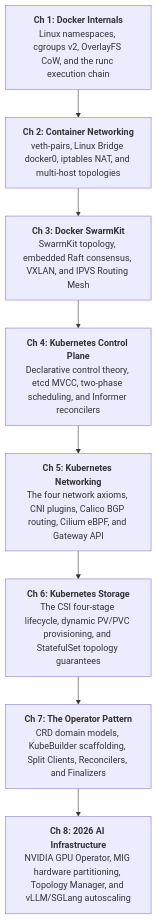
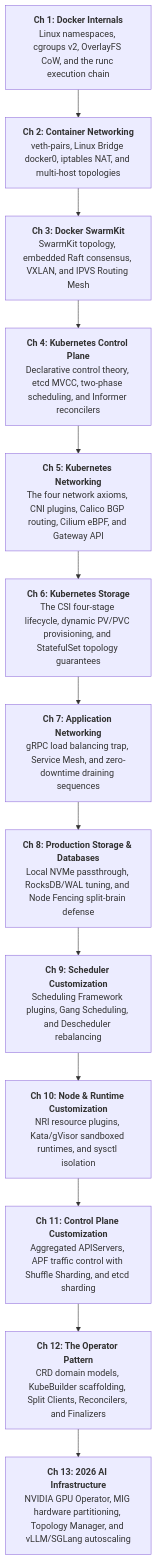
The fourth of 4 diagrams in content/en/articles/k8s-gpu-operator-ai-inference-scheduling.en.md (ifnodoraemon/ifnodoraemon.github.io), drawn with Mermaid before and after one commit. The commit also changed other lines of this file and 30 other files, not shown here.

Commit message:
feat(series): deepen k8s production architecture and hacking masterclass

````diff
--- a/content/en/articles/k8s-gpu-operator-ai-inference-scheduling.en.md
+++ b/content/en/articles/k8s-gpu-operator-ai-inference-scheduling.en.md
@@ -234,13 +234,18 @@
 ```mermaid
 flowchart TD
     Ch1["<b>Ch 1: Docker Internals</b><br/>Linux namespaces, cgroups v2, OverlayFS CoW, and the runc execution chain"]
     Ch2["<b>Ch 2: Container Networking</b><br/>veth-pairs, Linux Bridge docker0, iptables NAT, and multi-host topologies"]
     Ch3["<b>Ch 3: Docker SwarmKit</b><br/>SwarmKit topology, embedded Raft consensus, VXLAN, and IPVS Routing Mesh"]
     Ch4["<b>Ch 4: Kubernetes Control Plane</b><br/>Declarative control theory, etcd MVCC, two-phase scheduling, and Informer reconcilers"]
     Ch5["<b>Ch 5: Kubernetes Networking</b><br/>The four network axioms, CNI plugins, Calico BGP routing, Cilium eBPF, and Gateway API"]
     Ch6["<b>Ch 6: Kubernetes Storage</b><br/>The CSI four-stage lifecycle, dynamic PV/PVC provisioning, and StatefulSet topology guarantees"]
-    Ch7["<b>Ch 7: The Operator Pattern</b><br/>CRD domain models, KubeBuilder scaffolding, Split Clients, Reconcilers, and Finalizers"]
-    Ch8["<b>Ch 8: 2026 AI Infrastructure</b><br/>NVIDIA GPU Operator, MIG hardware partitioning, Topology Manager, and vLLM/SGLang autoscaling"]
+    Ch7["<b>Ch 7: Application Networking</b><br/>gRPC load balancing trap, Service Mesh, and zero-downtime draining sequences"]
+    Ch8["<b>Ch 8: Production Storage & Databases</b><br/>Local NVMe passthrough, RocksDB/WAL tuning, and Node Fencing split-brain defense"]
+    Ch9["<b>Ch 9: Scheduler Customization</b><br/>Scheduling Framework plugins, Gang Scheduling, and Descheduler rebalancing"]
+    Ch10["<b>Ch 10: Node & Runtime Customization</b><br/>NRI resource plugins, Kata/gVisor sandboxed runtimes, and sysctl isolation"]
+    Ch11["<b>Ch 11: Control Plane Customization</b><br/>Aggregated APIServers, APF traffic control with Shuffle Sharding, and etcd sharding"]
+    Ch12["<b>Ch 12: The Operator Pattern</b><br/>CRD domain models, KubeBuilder scaffolding, Split Clients, Reconcilers, and Finalizers"]
+    Ch13["<b>Ch 13: 2026 AI Infrastructure</b><br/>NVIDIA GPU Operator, MIG hardware partitioning, Topology Manager, and vLLM/SGLang autoscaling"]
 
-    Ch1 --> Ch2 --> Ch3 --> Ch4 --> Ch5 --> Ch6 --> Ch7 --> Ch8
+    Ch1 --> Ch2 --> Ch3 --> Ch4 --> Ch5 --> Ch6 --> Ch7 --> Ch8 --> Ch9 --> Ch10 --> Ch11 --> Ch12 --> Ch13
 ```
````
